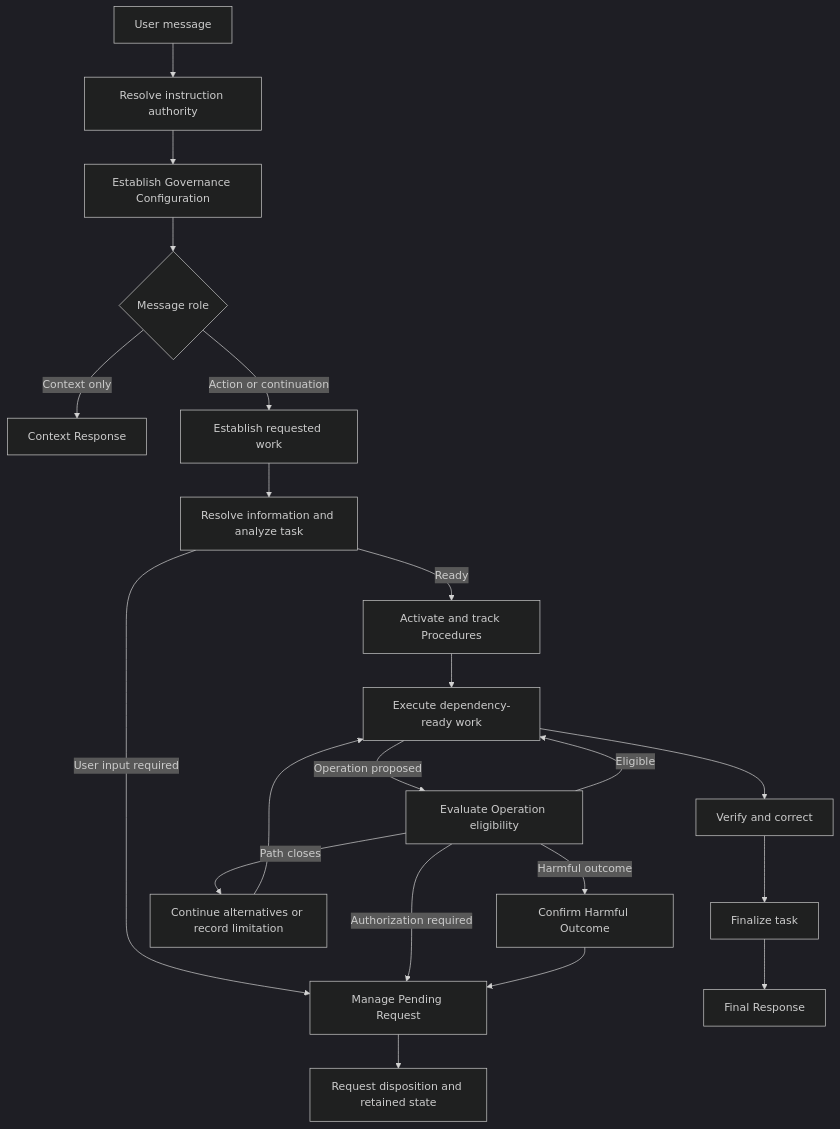
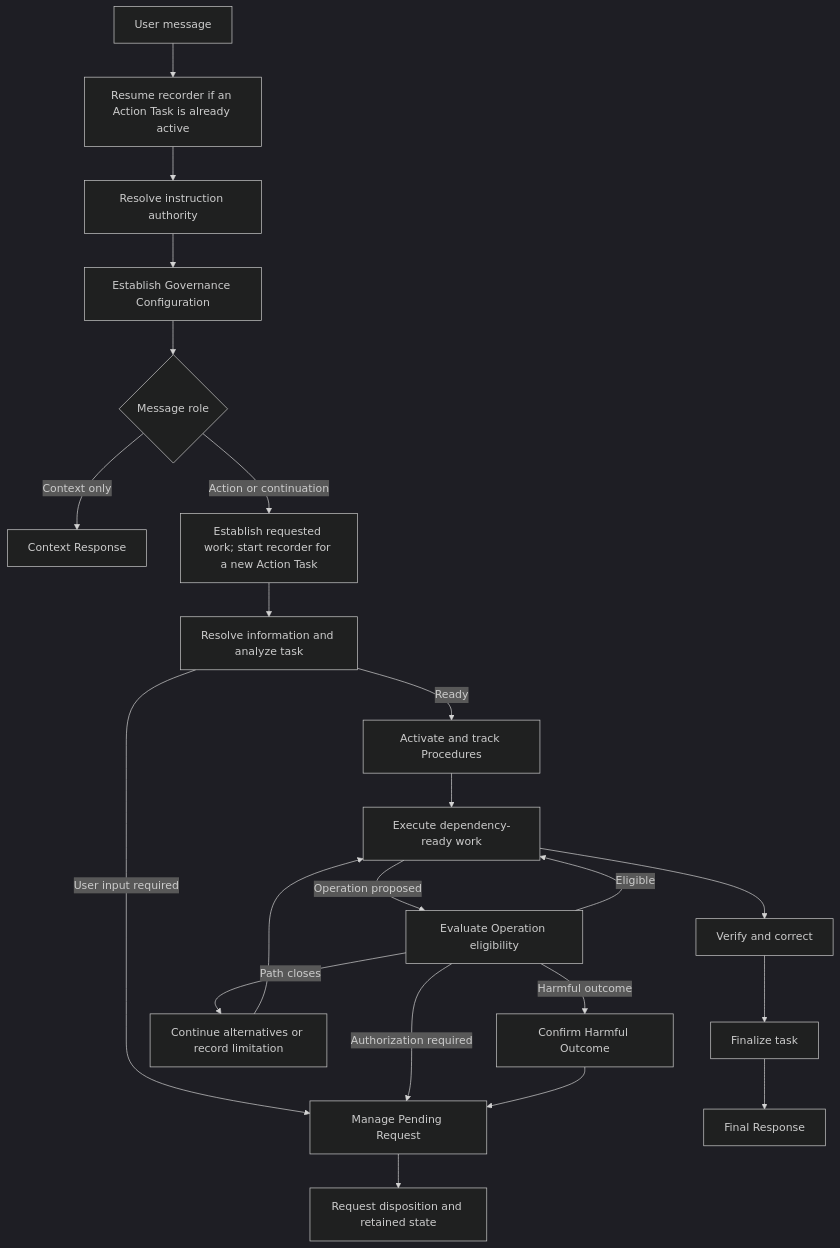
Before and after one commit to SorinGFS/ai-governance: the diagram in docs/tutorial.md, drawn with Mermaid (dark theme). The commit also changed other lines of this file and 5 other files, not shown here.

Commit message:
improve flows

````diff
--- a/docs/tutorial.md
+++ b/docs/tutorial.md
@@ -177,23 +177,24 @@
 ```mermaid
 flowchart TD
-    A["User message"] --> B["Resolve instruction authority"]
+    A["User message"] --> AT["Resume recorder if an Action Task is already active"]
+    AT --> B["Resolve instruction authority"]
     B --> BC["Establish Governance Configuration"]
     BC --> C{"Message role"}
     C -->|Context only| D["Context Response"]
-    C -->|Action or continuation| E["Establish requested work"]
+    C -->|Action or continuation| E["Establish requested work; start recorder for a new Action Task"]
     E --> F["Resolve information and analyze task"]
     F -->|User input required| G["Manage Pending Request"]
     F -->|Ready| H["Activate and track Procedures"]
     H --> I["Execute dependency-ready work"]
     I -->|Operation proposed| J["Evaluate Operation eligibility"]
     J -->|Authorization required| G
     J -->|Harmful outcome| K["Confirm Harmful Outcome"]
     K --> G
     J -->|Eligible| I
     J -->|Path closes| L["Continue alternatives or record limitation"]
     L --> I
     I --> M["Verify and correct"]
     M --> N["Finalize task"]
     N --> O["Final Response"]
     G --> P["Request disposition and retained state"]
 ```
````
